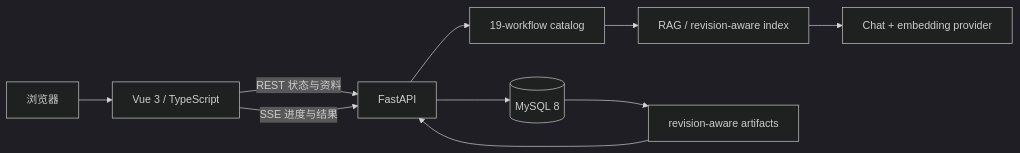
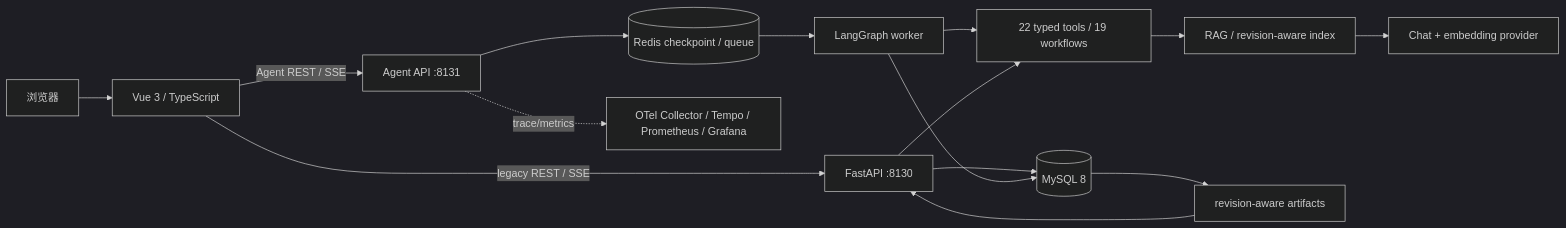
One commit to Jaily16/EzllmTest changed the diagram in README.md. Above: the diagram before and after it, drawn with Mermaid (dark theme). The commit also changed other lines of this file and 181 other files, not shown here.

````diff
--- a/README.md
+++ b/README.md
@@ -107,12 +115,17 @@
 ```mermaid
 flowchart LR
     Browser[浏览器] --> Vue[Vue 3 / TypeScript]
-    Vue -->|REST 状态与资料| API[FastAPI]
-    Vue -->|SSE 进度与结果| API
-    API --> Catalog[19-workflow catalog]
+    Vue -->|legacy REST / SSE| API[FastAPI :8130]
+    Vue -->|Agent REST / SSE| AgentAPI[Agent API :8131]
+    AgentAPI --> Redis[(Redis checkpoint / queue)]
+    Redis --> Worker[LangGraph worker]
+    Worker --> Catalog[22 typed tools / 19 workflows]
+    API --> Catalog
     Catalog --> RAG[RAG / revision-aware index]
     RAG --> Provider[Chat + embedding provider]
     API --> MySQL[(MySQL 8)]
+    Worker --> MySQL
     MySQL --> Artifact[revision-aware artifacts]
     Artifact --> API
+    AgentAPI -. trace/metrics .-> OTel[OTel Collector / Tempo / Prometheus / Grafana]
 ```
````
